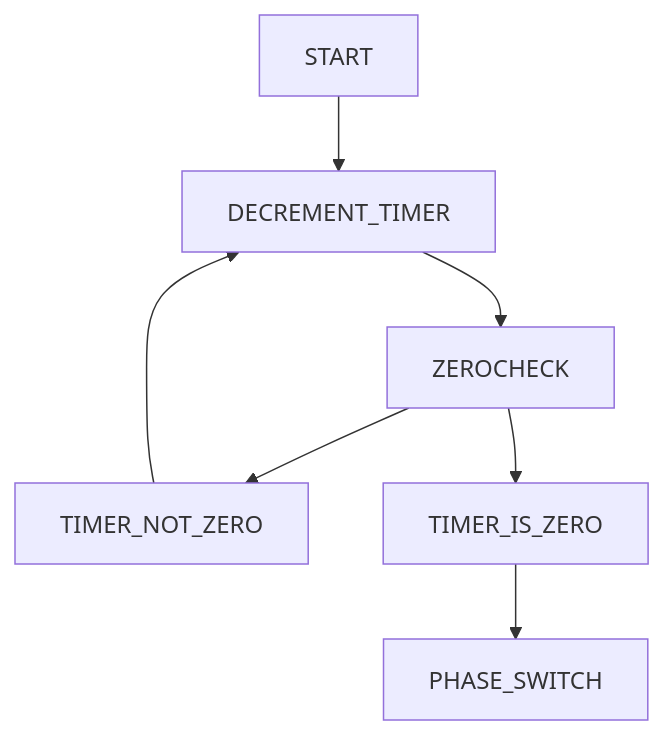
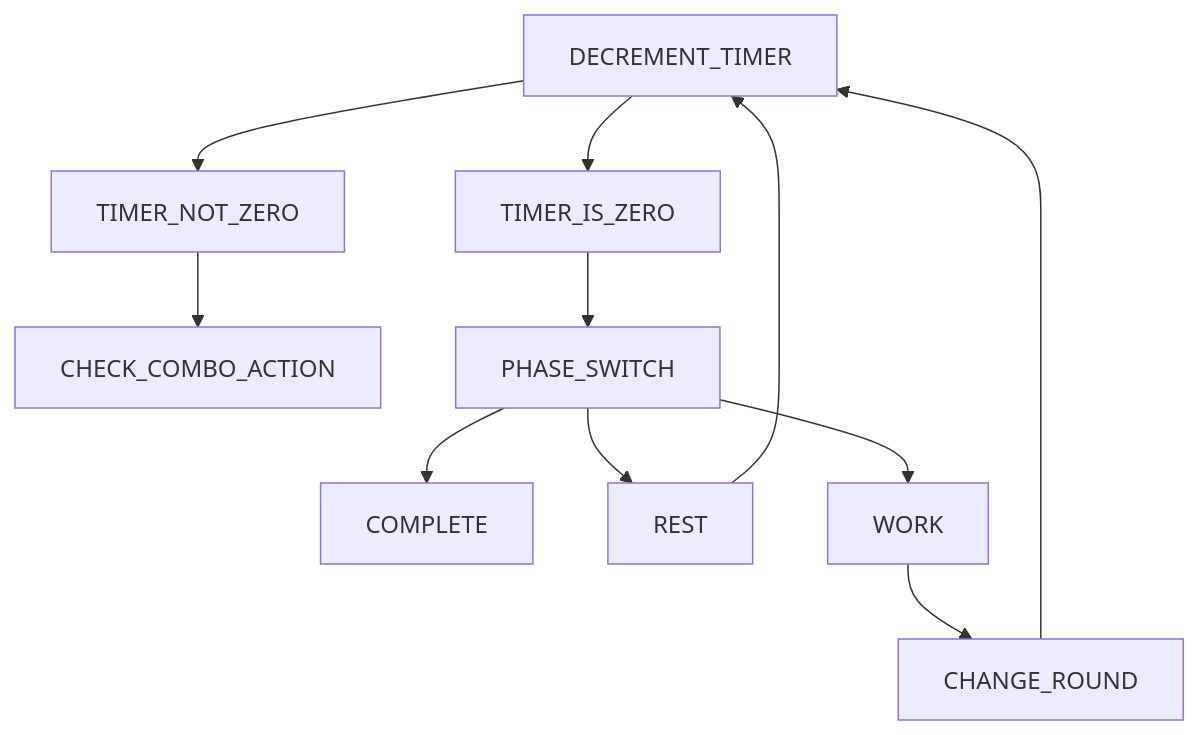
One commit to ajkizer12112/combo-coach changed the third of 4 diagrams in README.md. Above: the diagram before and after it, drawn with Mermaid. The commit also changed other lines of this file, not shown here.

````diff
--- a/README.md
+++ b/README.md
@@ -203,9 +203,13 @@
 ```mermaid
 graph TD;
-    START-->DECREMENT_TIMER;
-    DECREMENT_TIMER-->ZEROCHECK;
-    ZEROCHECK-->TIMER_NOT_ZERO;
-    ZEROCHECK-->TIMER_IS_ZERO;
-    TIMER_NOT_ZERO-->DECREMENT_TIMER;
+    DECREMENT_TIMER-->TIMER_NOT_ZERO;
+    DECREMENT_TIMER-->TIMER_IS_ZERO;
+    TIMER_NOT_ZERO-->CHECK_COMBO_ACTION;
     TIMER_IS_ZERO-->PHASE_SWITCH;
+    PHASE_SWITCH-->COMPLETE;
+    PHASE_SWITCH-->REST;
+    PHASE_SWITCH-->WORK;
+    REST-->DECREMENT_TIMER;
+    WORK-->CHANGE_ROUND;
+    CHANGE_ROUND-->DECREMENT_TIMER;
 ```
````
